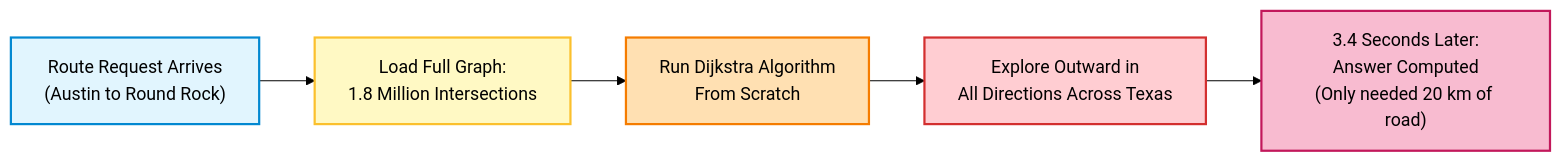
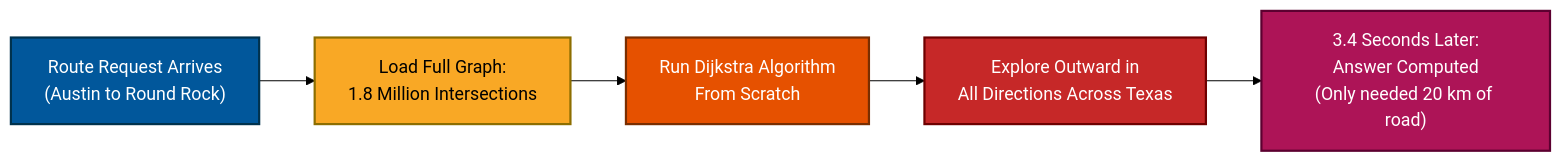
One commit to riyaz-pasha/Learnings changed the first of 20 diagrams in system-design/HLD/0-course/28-Design Google Maps-FAANG-Guide-story.md. Above: the diagram before and after it, drawn with Mermaid (forest theme). The commit also changed other lines of this file and 1 other file, not shown here.

First line of the commit message:
[HLD] Make Google Maps guide mermaid diagram colors theme-safe

````diff
--- a/system-design/HLD/0-course/28-Design Google Maps-FAANG-Guide-story.md
+++ b/system-design/HLD/0-course/28-Design Google Maps-FAANG-Guide-story.md
@@ -79,13 +79,13 @@
 ```mermaid
 flowchart LR
     A["Route Request Arrives<br/>(Austin to Round Rock)"] --> B["Load Full Graph:<br/>1.8 Million Intersections"]
     B --> C["Run Dijkstra Algorithm<br/>From Scratch"]
     C --> D["Explore Outward in<br/>All Directions Across Texas"]
     D --> E["3.4 Seconds Later:<br/>Answer Computed<br/>(Only needed 20 km of road)"]
 
-    style A fill:#e1f5fe,stroke:#0288d1,stroke-width:2px
-    style B fill:#fff9c4,stroke:#fbc02d,stroke-width:2px
-    style C fill:#ffe0b2,stroke:#f57c00,stroke-width:2px
-    style D fill:#ffcdd2,stroke:#d32f2f,stroke-width:2px
-    style E fill:#f8bbd0,stroke:#c2185b,stroke-width:2px
+    style A fill:#01579b,stroke:#00324d,color:#ffffff,stroke-width:2px
+    style B fill:#f9a825,stroke:#8d6e00,color:#000000,stroke-width:2px
+    style C fill:#e65100,stroke:#7a2e00,color:#ffffff,stroke-width:2px
+    style D fill:#c62828,stroke:#6e0000,color:#ffffff,stroke-width:2px
+    style E fill:#ad1457,stroke:#5c0030,color:#ffffff,stroke-width:2px
 ```
````
